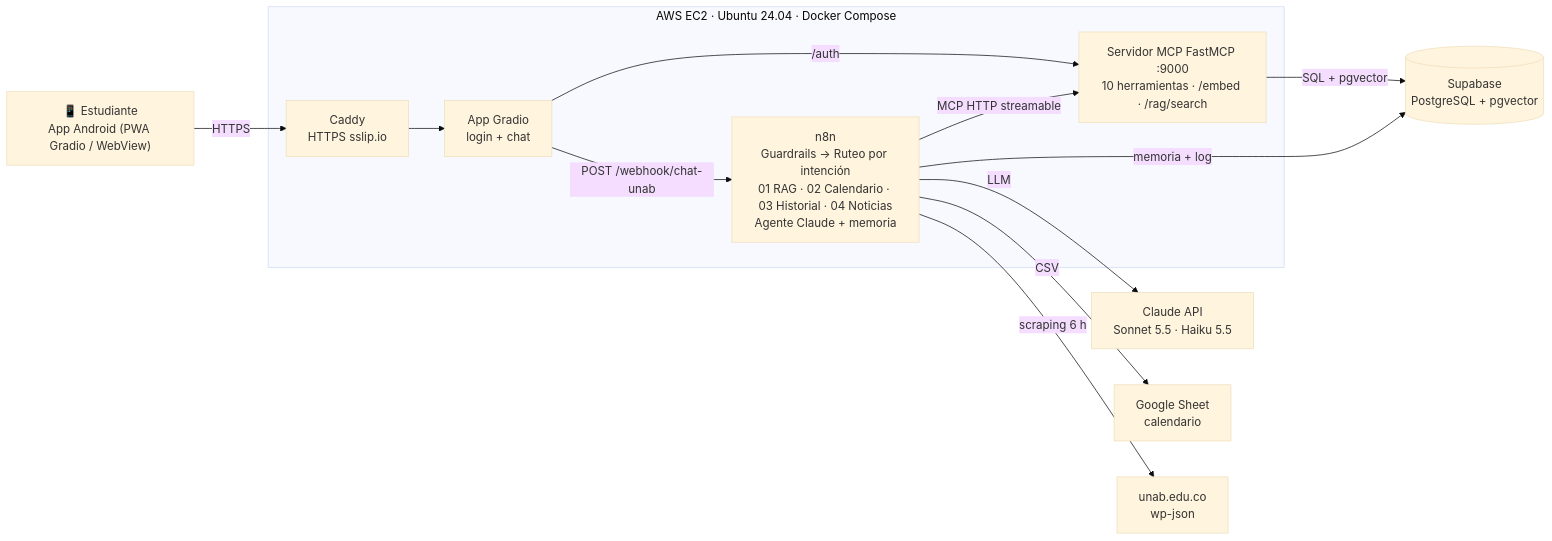
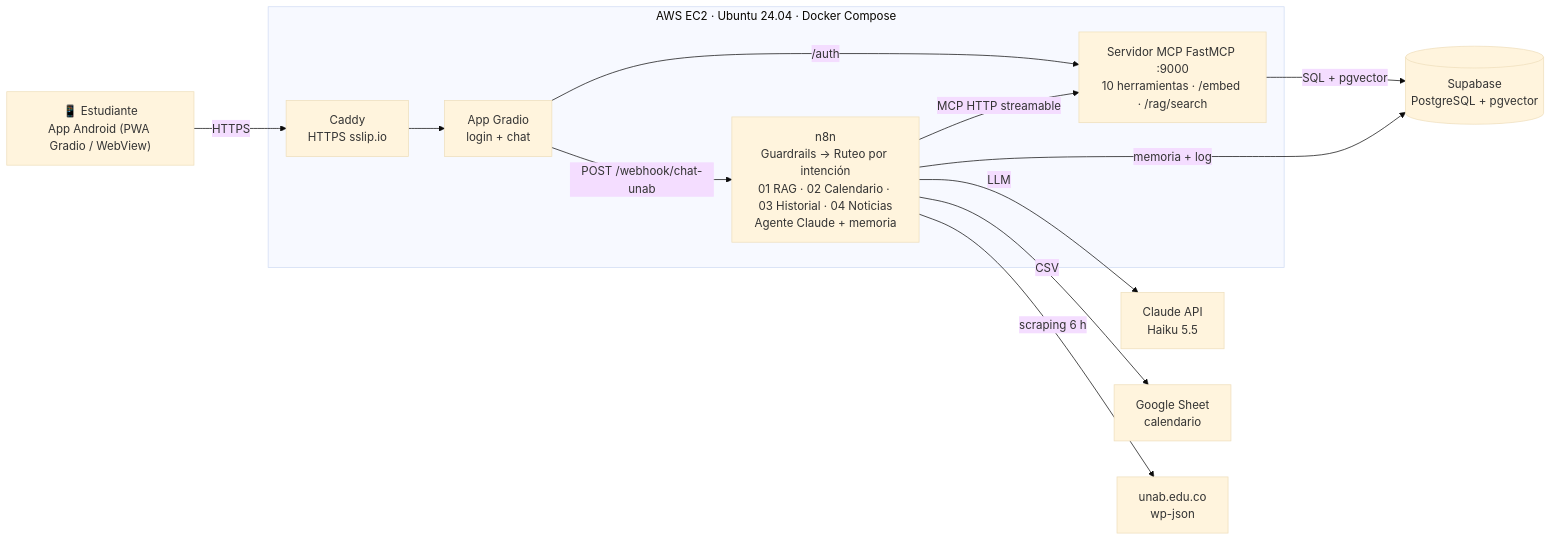
One commit to dportilla219/chatbot-unab changed the diagram in README.md. Above: the diagram before and after it, drawn with Mermaid (base theme). The commit also changed other lines of this file and 5 other files, not shown here.

Commit message:
Agente con Claude Haiku 5.5 sin thinking (compatibilidad con memoria persistente) y script para limpiar memoria

````diff
--- a/README.md
+++ b/README.md
@@ -43,15 +43,15 @@
 ```mermaid
 flowchart LR
     E["📱 Estudiante<br/>App Android (PWA Gradio / WebView)"] -->|HTTPS| C
     subgraph EC2["AWS EC2 · Ubuntu 24.04 · Docker Compose"]
         C["Caddy<br/>HTTPS sslip.io"] --> A["App Gradio<br/>login + chat"]
         A -->|POST /webhook/chat-unab| N["n8n<br/>Guardrails → Ruteo por intención<br/>01 RAG · 02 Calendario · 03 Historial · 04 Noticias<br/>Agente Claude + memoria"]
         A -->|/auth| M["Servidor MCP FastMCP :9000<br/>10 herramientas · /embed · /rag/search"]
         N -->|MCP HTTP streamable| M
     end
-    N -->|LLM| CL["Claude API<br/>Sonnet 5.5 · Haiku 5.5"]
+    N -->|LLM| CL["Claude API<br/>Haiku 5.5"]
     N -->|CSV| GS["Google Sheet<br/>calendario"]
     N -->|scraping 6 h| UN["unab.edu.co<br/>wp-json"]
     M -->|SQL + pgvector| SB[("Supabase<br/>PostgreSQL + pgvector")]
     N -->|memoria + log| SB
 ```
````
